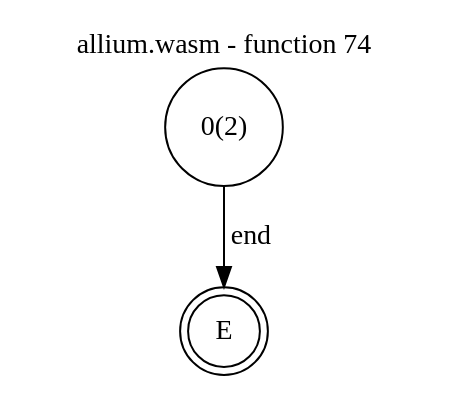
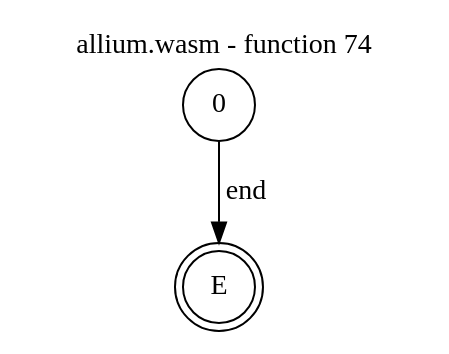
One commit to jsCarleton/wanalyze changed the diagram in test_cases/allium/funcs/allium-func74.dot. Above: the diagram before and after it, drawn with Graphviz. The commit also changed 531 other files, not shown here.

```diff
--- a/test_cases/allium/funcs/allium-func74.dot
+++ b/test_cases/allium/funcs/allium-func74.dot
@@ -1,11 +1,11 @@
 digraph finite_state_machine {
     label = "allium.wasm - function 74"
     labelloc =  t
     labelfontsize = 16
     labelfontcolor = black
     labelfontname = "Helvetica"
     node [shape = doublecircle]; E ;
-node [shape=circle, fontcolor=black, style="", label="0(2)"]0
+node [shape=circle, fontcolor=black, style="", label="0"]0
 node [shape=circle, fontcolor=black, style="", label="E"]E
     0 -> E[label="end"];
 }
```
